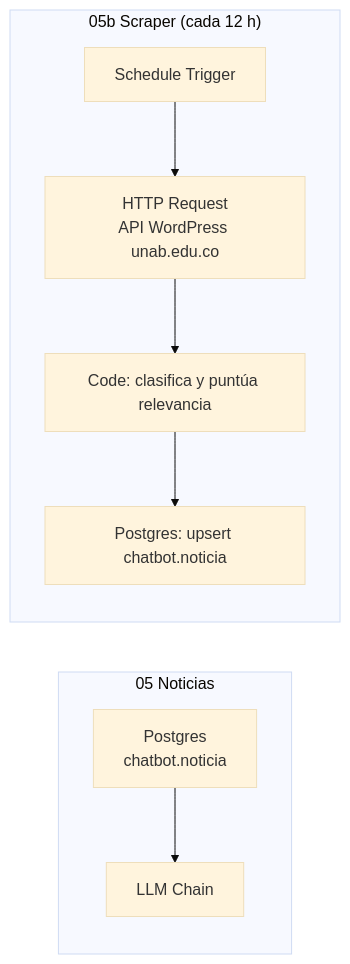
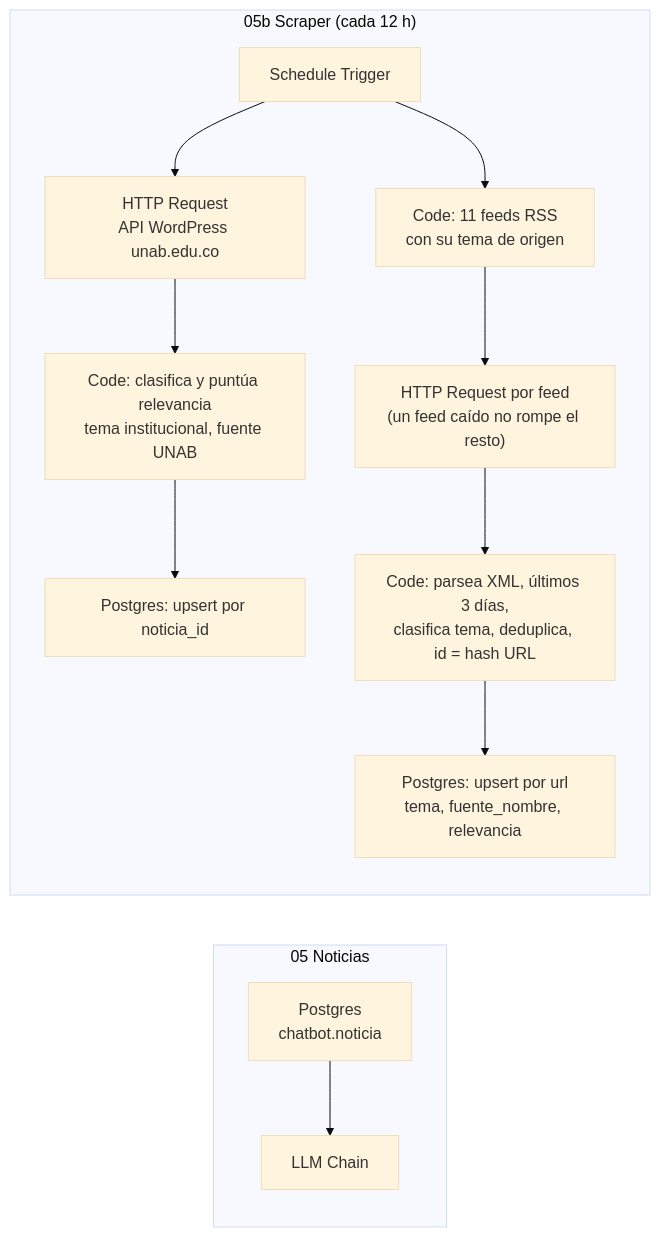
One commit to Daniverd15/chatbot-academico-unab changed the seventh of 10 diagrams in docs/workflows_n8n.md. Above: the diagram before and after it, drawn with Mermaid (base theme). The commit also changed other lines of this file and 5 other files, not shown here.

````diff
--- a/docs/workflows_n8n.md
+++ b/docs/workflows_n8n.md
@@ -166,11 +166,15 @@
 ```mermaid
 flowchart LR
     subgraph W05["05 Noticias"]
         N1["Postgres<br/>chatbot.noticia"] --> N2["LLM Chain"]
     end
     subgraph W05b["05b Scraper (cada 12 h)"]
         S1["Schedule Trigger"] --> S2["HTTP Request<br/>API WordPress unab.edu.co"]
-        S2 --> S3["Code: clasifica y puntúa relevancia"]
-        S3 --> S4["Postgres: upsert chatbot.noticia"]
+        S2 --> S3["Code: clasifica y puntúa relevancia<br/>tema institucional, fuente UNAB"]
+        S3 --> S4["Postgres: upsert por noticia_id"]
+        S1 --> R1["Code: 11 feeds RSS<br/>con su tema de origen"]
+        R1 --> R2["HTTP Request por feed<br/>(un feed caído no rompe el resto)"]
+        R2 --> R3["Code: parsea XML, últimos 3 días,<br/>clasifica tema, deduplica, id = hash URL"]
+        R3 --> R4["Postgres: upsert por url<br/>tema, fuente_nombre, relevancia"]
     end
 ```
````
